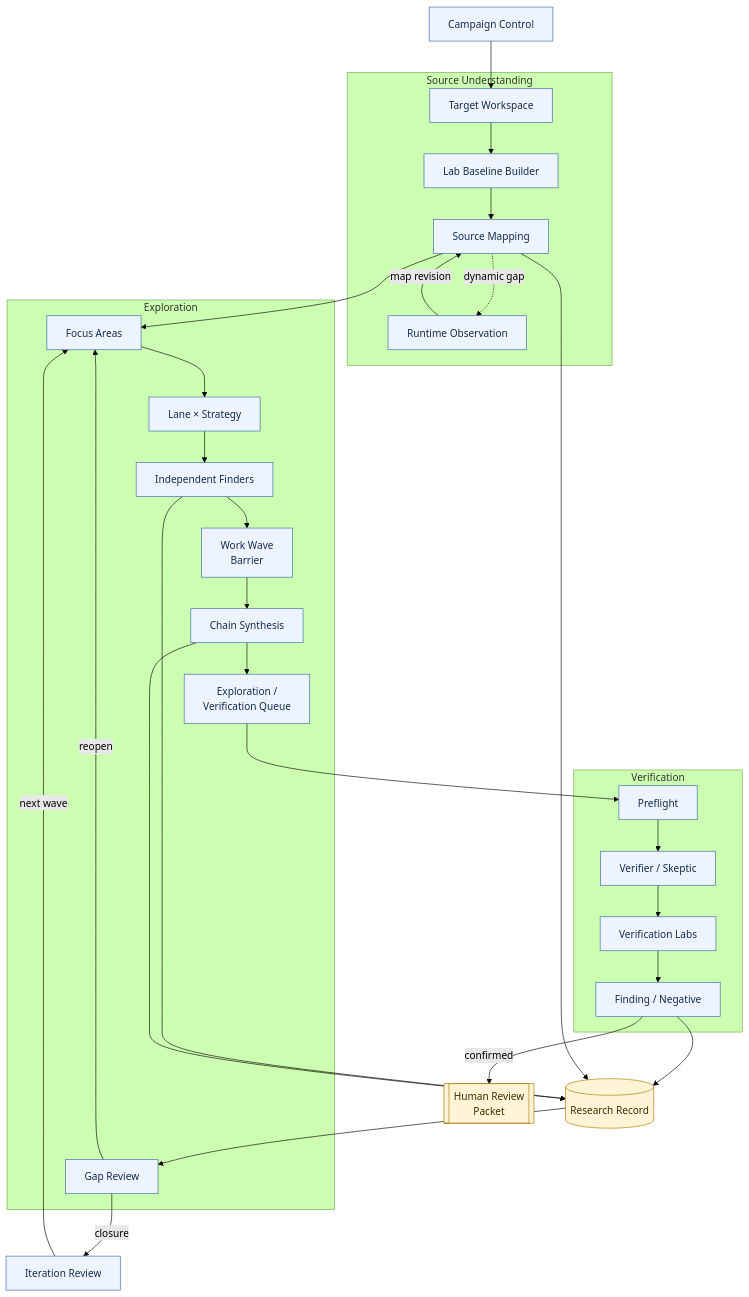
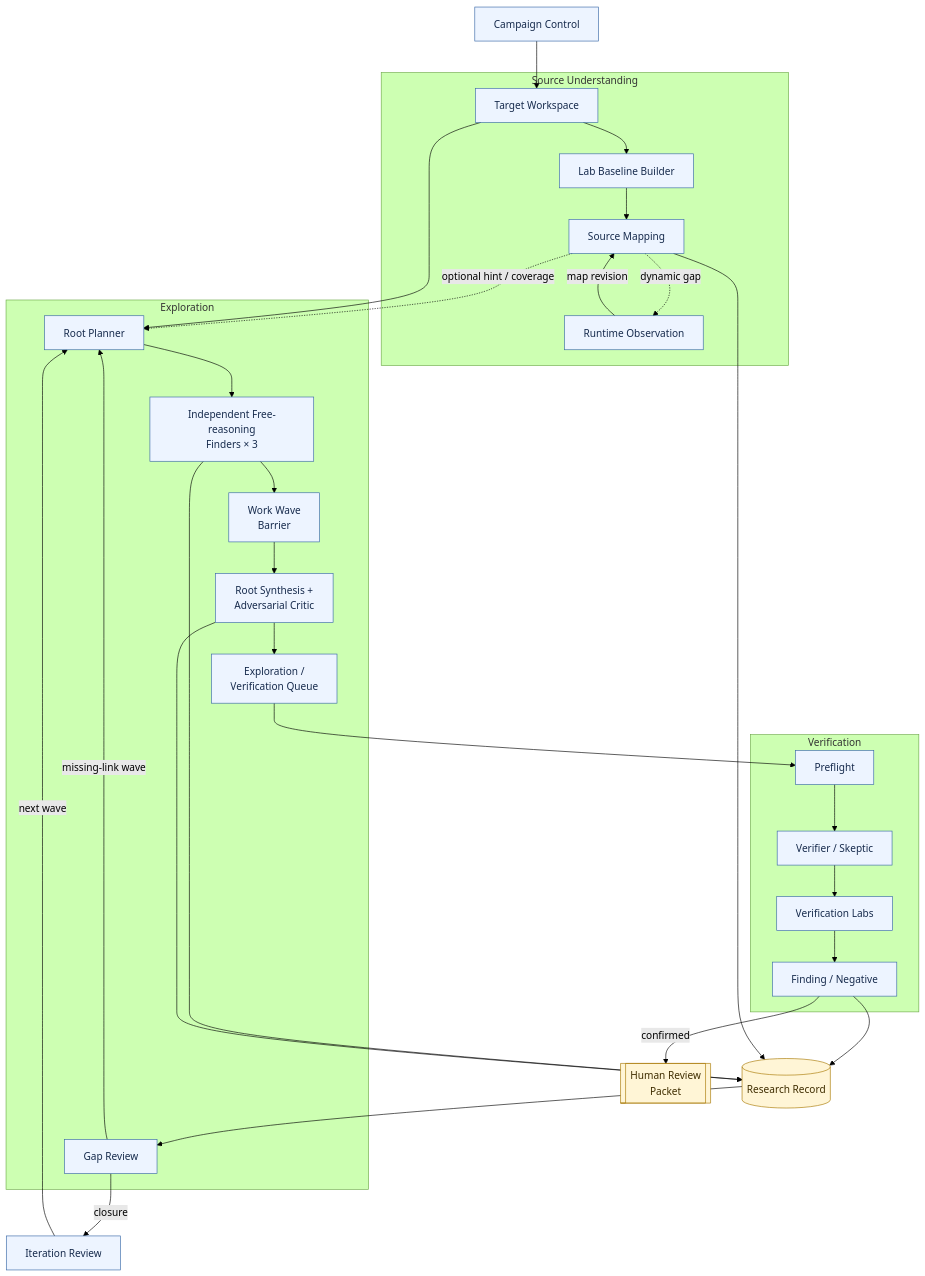
One commit to momoponwork1415-lgtm/wordpress-harness changed the second of 3 diagrams in docs/design/architecture/architecture-overview.md. Above: the diagram before and after it, drawn with Mermaid (forest theme). The commit also changed other lines of this file and 49 other files, not shown here.

````diff
--- a/docs/design/architecture/architecture-overview.md
+++ b/docs/design/architecture/architecture-overview.md
@@ -51,55 +53,55 @@
 ```mermaid
 flowchart TB
     campaign["Campaign Control"]
 
     subgraph understanding["Source Understanding"]
         workspace["Target Workspace"]
         baseline["Lab Baseline Builder"]
         mapping["Source Mapping"]
         observation["Runtime Observation"]
         workspace --> baseline --> mapping
         mapping -. "dynamic gap" .-> observation
         observation -->|"map revision"| mapping
     end
 
     subgraph discovery["Exploration"]
-        focus["Focus Areas"]
-        strategy["Lane × Strategy"]
-        finders["Independent Finders"]
+        planner["Root Planner"]
+        finders["Independent Free-reasoning<br/>Finders × 3"]
         barrier["Work Wave<br/>Barrier"]
-        chain["Chain Synthesis"]
+        chain["Root Synthesis +<br/>Adversarial Critic"]
         queue["Exploration /<br/>Verification Queue"]
         gaps["Gap Review"]
-        focus --> strategy --> finders --> barrier --> chain --> queue
-        gaps -->|"reopen"| focus
+        planner --> finders --> barrier --> chain --> queue
+        gaps -->|"missing-link wave"| planner
     end
 
     subgraph proof["Verification"]
         preflight["Preflight"]
         verifier["Verifier / Skeptic"]
         labs["Verification Labs"]
         finding["Finding / Negative"]
         preflight --> verifier --> labs --> finding
     end
 
     record[("Research Record")]
     iteration["Iteration Review"]
     review[["Human Review<br/>Packet"]]
 
     campaign --> workspace
-    mapping --> focus
+    mapping -. "optional hint / coverage" .-> planner
+    workspace --> planner
     queue --> preflight
     finding --> record
     mapping --> record
     finders --> record
     chain --> record
     record --> gaps
     gaps -->|"closure"| iteration
-    iteration -->|"next wave"| focus
+    iteration -->|"next wave"| planner
     finding -->|"confirmed"| review
 
     classDef context fill:#edf4ff,stroke:#3767a6,color:#172b4d;
     classDef durable fill:#fff5d6,stroke:#a87800,color:#3f2d00;
-    class campaign,workspace,baseline,mapping,observation,focus,strategy,finders,barrier,chain,queue,gaps,preflight,verifier,labs,finding,iteration context;
+    class campaign,workspace,baseline,mapping,observation,planner,finders,barrier,chain,queue,gaps,preflight,verifier,labs,finding,iteration context;
     class record,review durable;
 ```
````
